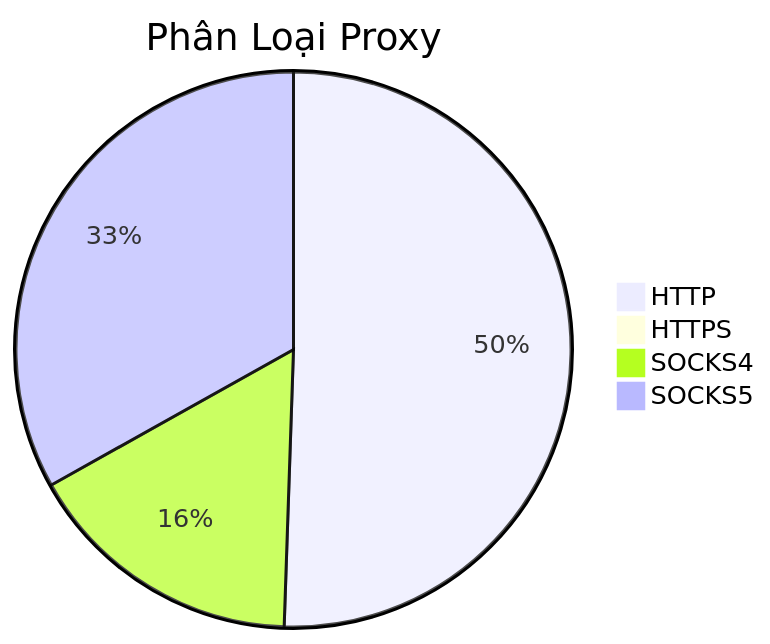
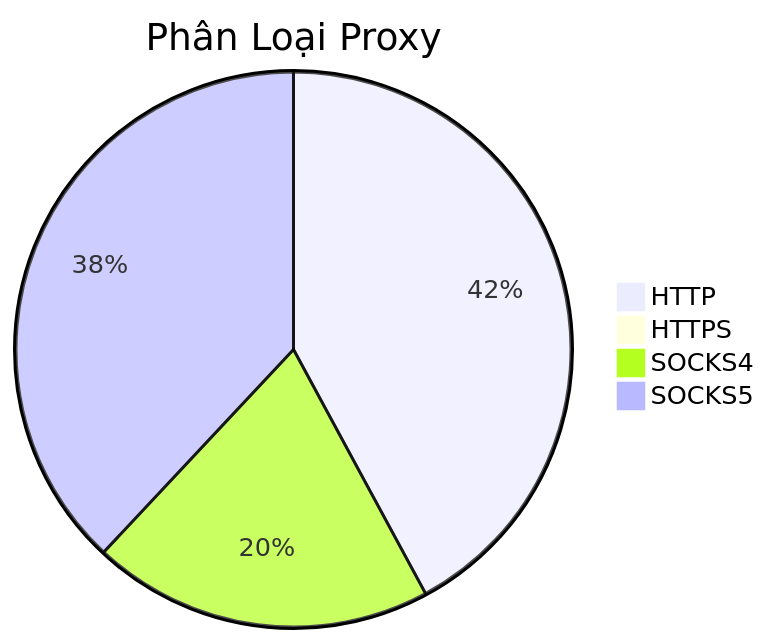
One commit to Ciara-12/PROXY-free changed the diagram in README.md. Above: the diagram before and after it, drawn with Mermaid. The commit also changed other lines of this file and 4 other files, not shown here.

````diff
--- a/README.md
+++ b/README.md
@@ -26,7 +26,7 @@
 ```mermaid
 pie title Phân Loại Proxy
-    "HTTP" : 943
-    "HTTPS" : 4
-    "SOCKS4" : 305
-    "SOCKS5" : 618
+    "HTTP" : 659
+    "HTTPS" : 2
+    "SOCKS4" : 311
+    "SOCKS5" : 595
 ```
````
